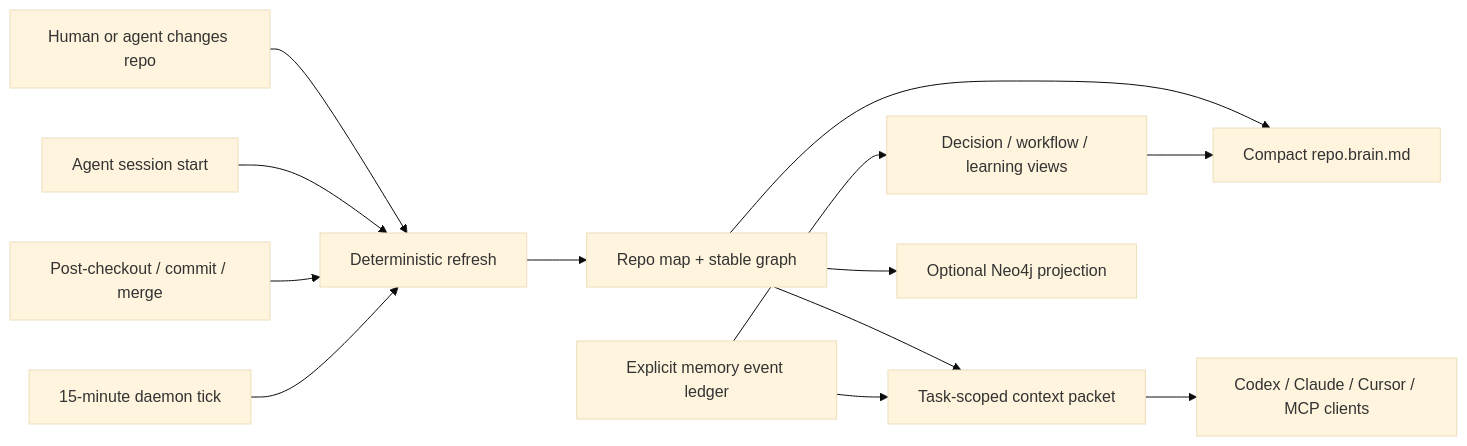
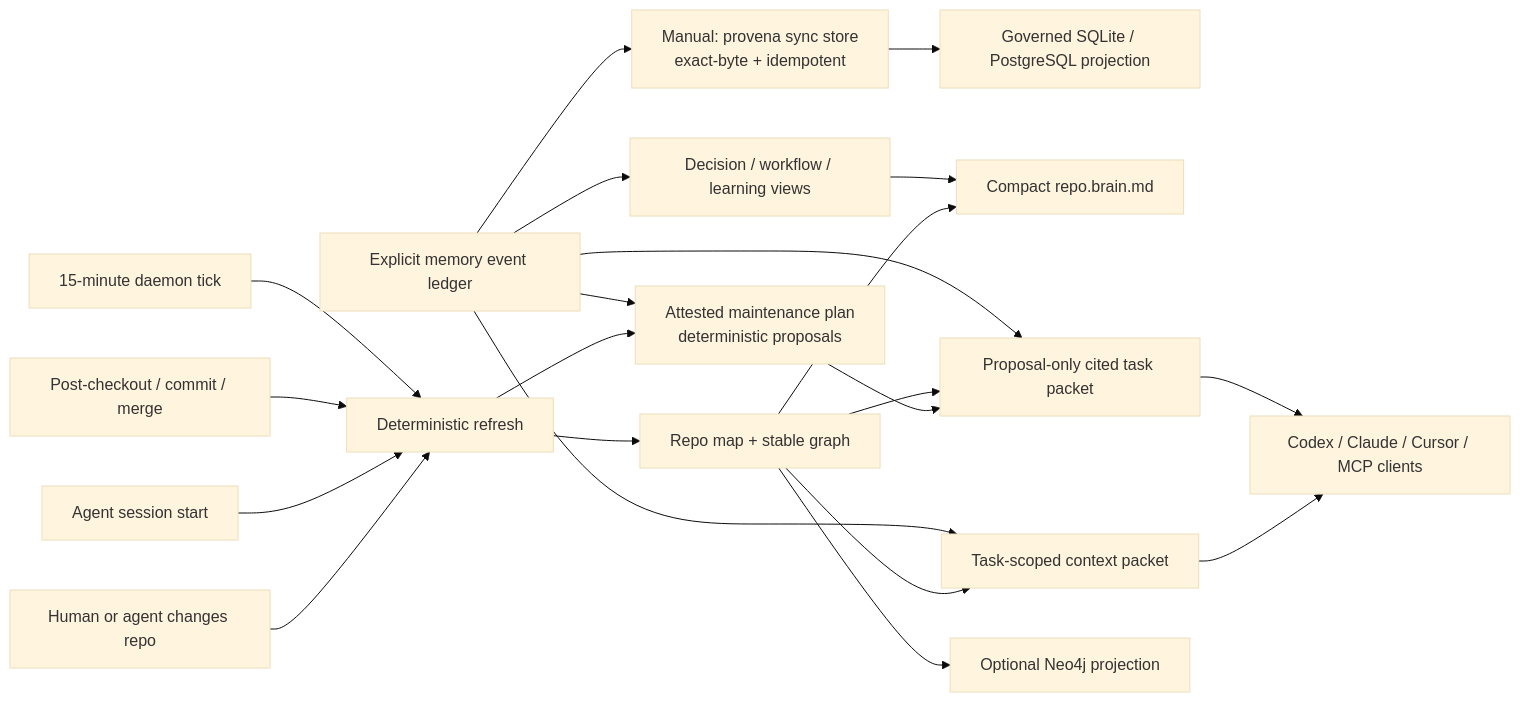
Before and after one commit to ayushozha/provena: the diagram in README.md, drawn with Mermaid (base theme). The commit also changed other lines of this file and 103 other files, not shown here.

````diff
--- a/README.md
+++ b/README.md
@@ -160,15 +171,22 @@
 ```mermaid
 flowchart LR
     Change["Human or agent changes repo"] --> Refresh["Deterministic refresh"]
     Session["Agent session start"] --> Refresh
     Git["Post-checkout / commit / merge"] --> Refresh
     Timer["15-minute daemon tick"] --> Refresh
     Refresh --> Map["Repo map + stable graph"]
     Ledger["Explicit memory event ledger"] --> Views["Decision / workflow / learning views"]
+    Refresh --> Plan["Attested maintenance plan<br/>deterministic proposals"]
+    Ledger --> Plan
+    Ledger --> Sync["Manual: provena sync store<br/>exact-byte + idempotent"] --> Store["Governed SQLite / PostgreSQL projection"]
     Map --> Brain["Compact repo.brain.md"]
     Views --> Brain
     Map --> Packet["Task-scoped context packet"]
     Ledger --> Packet
+    Plan --> MaintenancePacket["Proposal-only cited task packet"]
+    Map --> MaintenancePacket
+    Ledger --> MaintenancePacket
     Packet --> Agents["Codex / Claude / Cursor / MCP clients"]
+    MaintenancePacket --> Agents
     Map --> Neo4j["Optional Neo4j projection"]
 ```
````
